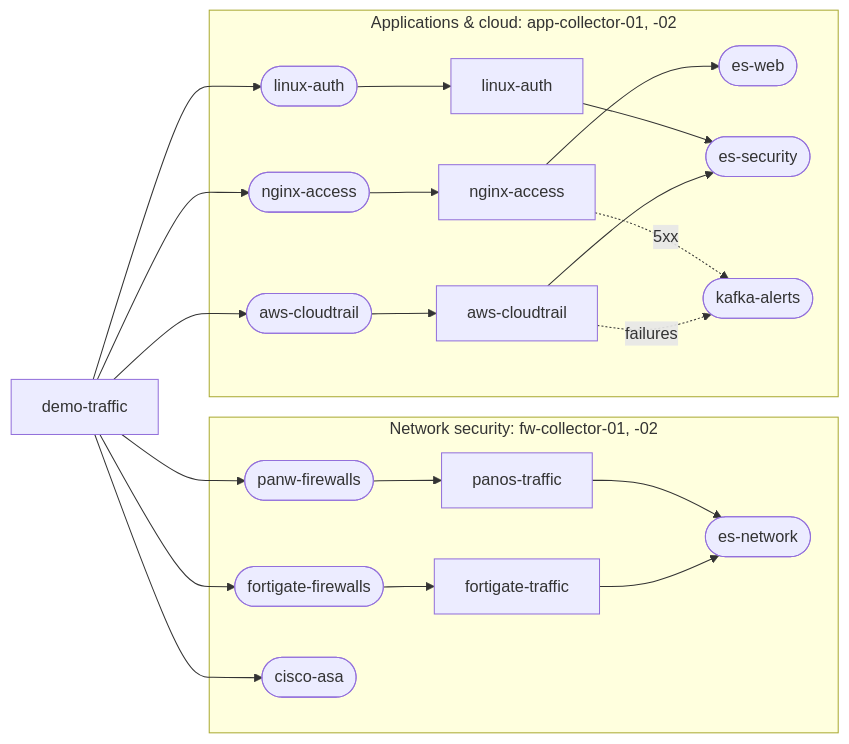
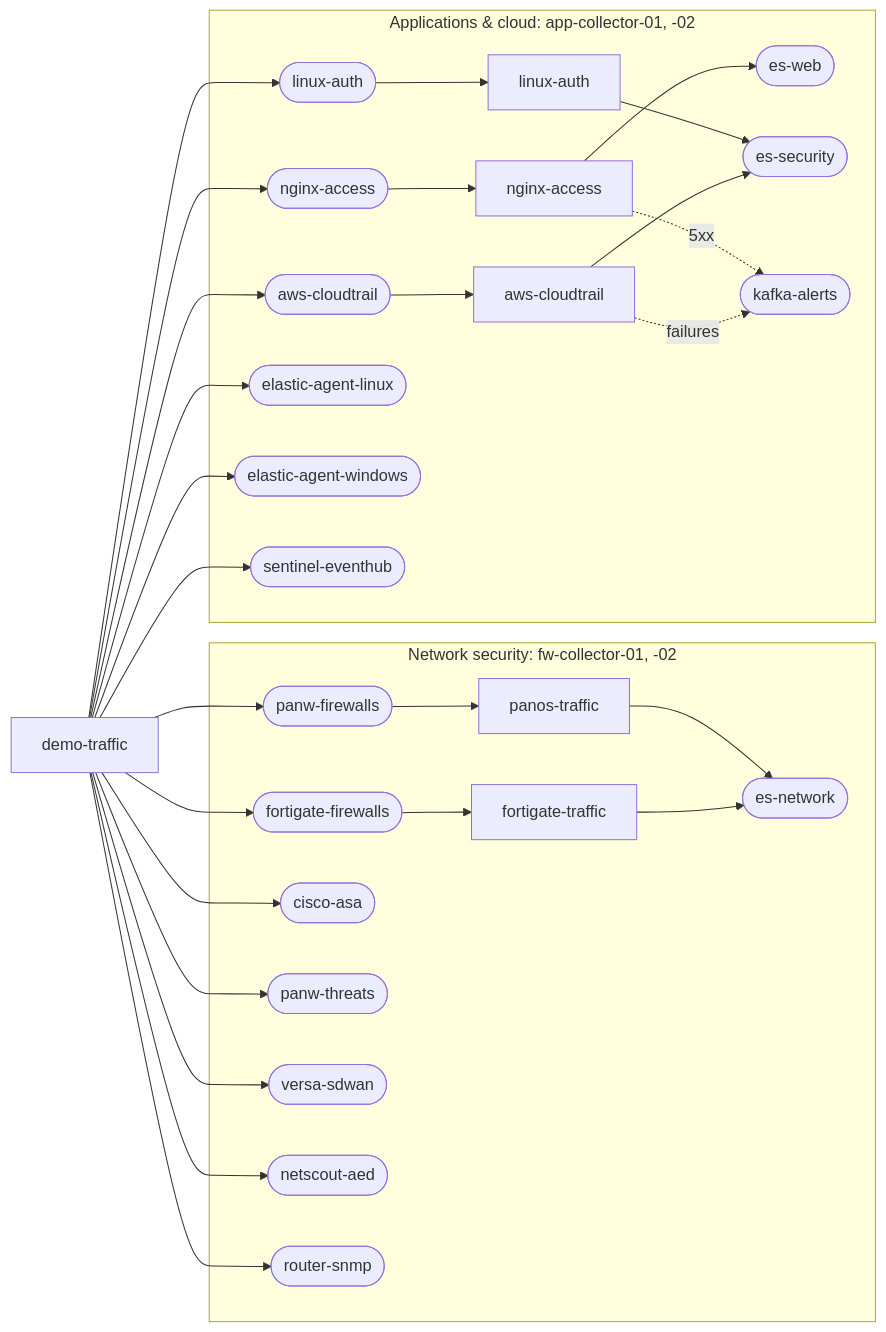
The diagram in tools/screenshots/README.md (smeltr-sh/smeltr), drawn with Mermaid before and after one commit. The commit also changed other lines of this file and 25 other files, not shown here.

````diff
--- a/tools/screenshots/README.md
+++ b/tools/screenshots/README.md
@@ -18,16 +18,19 @@
 ```mermaid
 graph LR
-  gen[demo-traffic] --> pa([panw-firewalls]) & fg([fortigate-firewalls]) & ng([nginx-access]) & au([linux-auth]) & ct([aws-cloudtrail]) & asa([cisco-asa])
+  gen[demo-traffic] --> pa([panw-firewalls]) & fg([fortigate-firewalls]) & ng([nginx-access]) & au([linux-auth]) & ct([aws-cloudtrail])
+  gen --> asa([cisco-asa]) & pt([panw-threats]) & vs([versa-sdwan]) & aed([netscout-aed]) & snmp([router-snmp])
+  gen --> eal([elastic-agent-linux]) & eaw([elastic-agent-windows]) & sen([sentinel-eventhub])
   subgraph network [Network security: fw-collector-01, -02]
     pa --> pp[panos-traffic] --> esn([es-network])
     fg --> fp[fortigate-traffic] --> esn
-    asa
+    asa & pt & vs & aed & snmp
   end
   subgraph apps [Applications & cloud: app-collector-01, -02]
     ng --> np[nginx-access] --> esw([es-web])
     au --> ap[linux-auth] --> ess([es-security])
     ct --> cp[aws-cloudtrail] --> ess
     np -. 5xx .-> ka([kafka-alerts])
     cp -. failures .-> ka
+    eal & eaw & sen
   end
 ```
````
